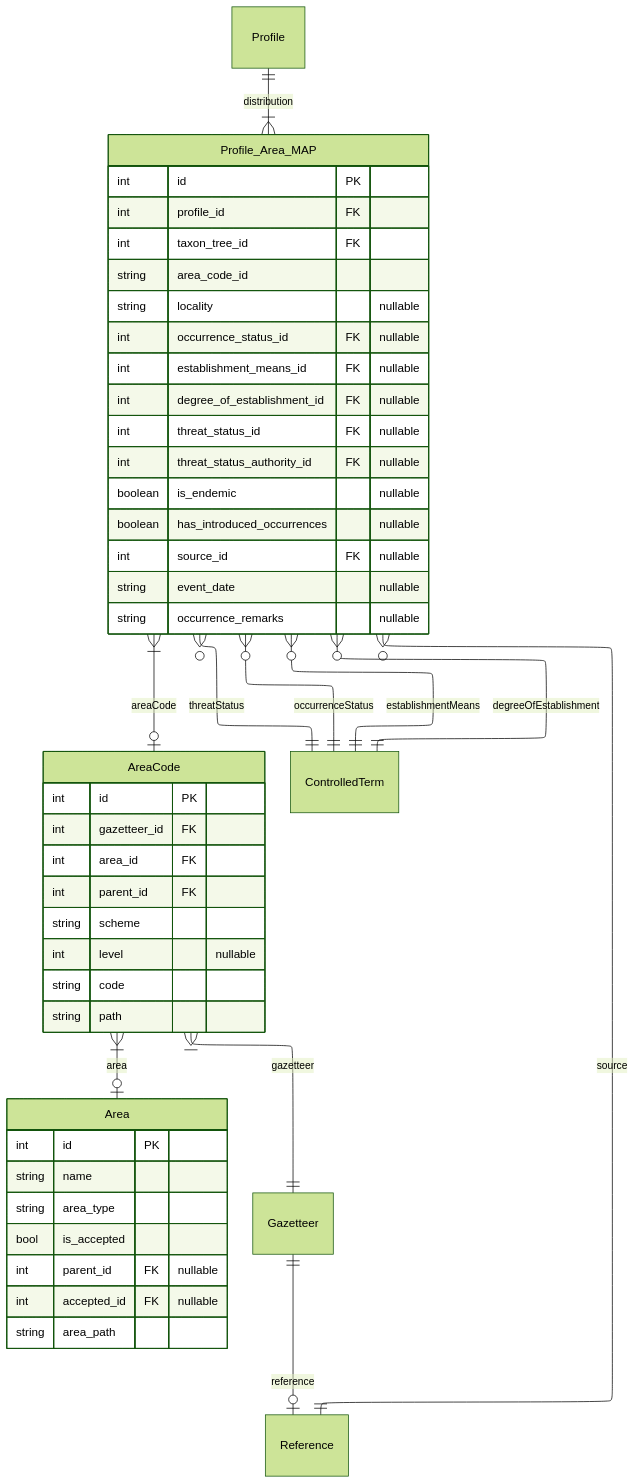
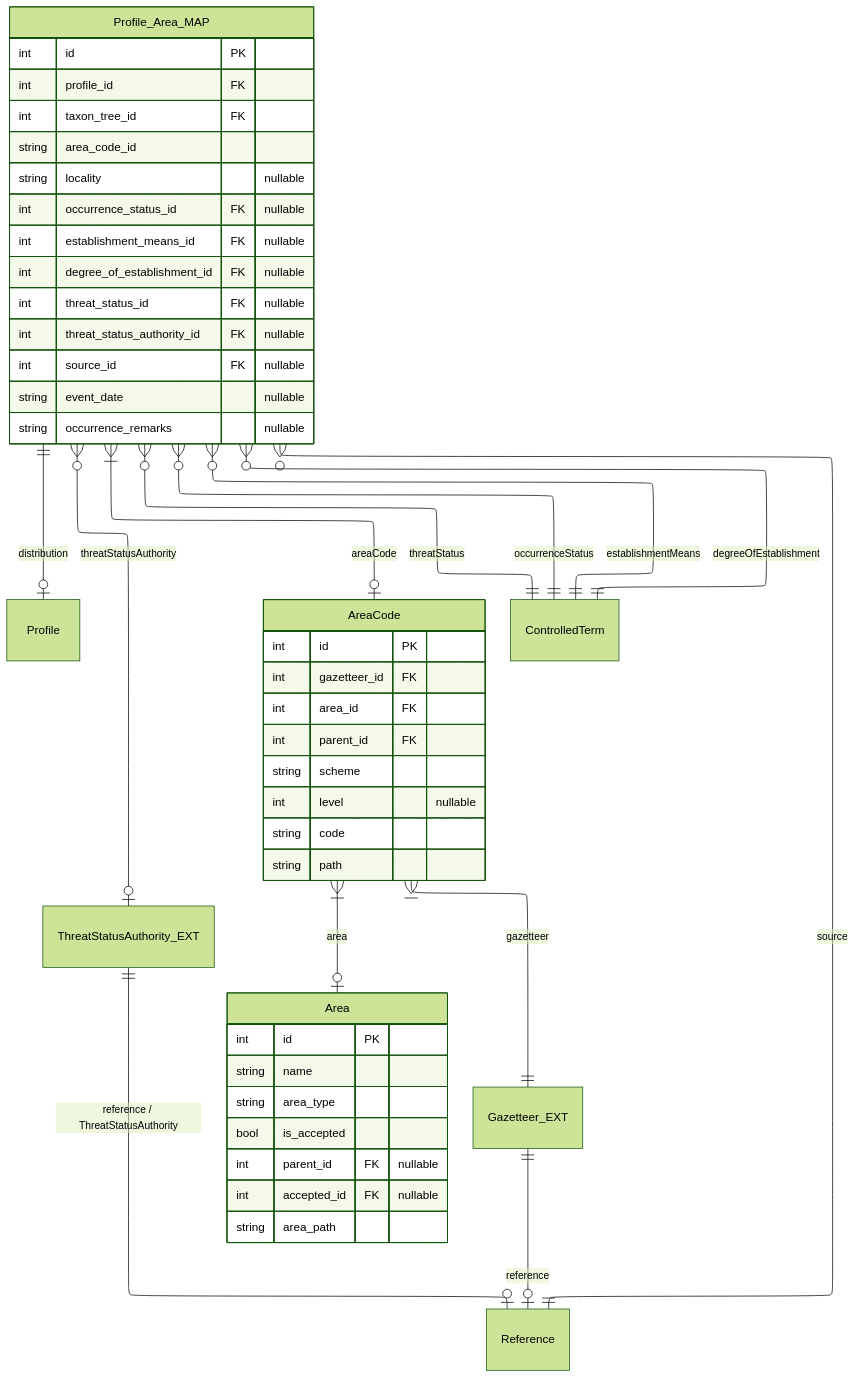
Diagram 12 of 18 in docs/layers.md (vicflora/vicflora-data-model-2026), drawn with Mermaid (forest theme) before and after one commit. The commit also changed other lines of this file and 2 other files, not shown here.

````diff
--- a/docs/layers.md
+++ b/docs/layers.md
@@ -639,57 +722,57 @@
 ```mermaid
 ---
 config:
   layout: elk
 ---
 erDiagram
-  Profile ||--|{ Profile_Area_MAP : "distribution"
+  Profile_Area_MAP ||--o| Profile : "distribution"
   Profile_Area_MAP }|--o| AreaCode : "areaCode"
   AreaCode }|--o| Area : area
-  AreaCode }|--|| Gazetteer : "gazetteer"
-  Gazetteer ||--o| Reference : reference
+  AreaCode }|--|| Gazetteer_EXT : "gazetteer"
+  Gazetteer_EXT ||--o| Reference : reference
+  Profile_Area_MAP }o--o| ThreatStatusAuthority_EXT : "threatStatusAuthority"
+  ThreatStatusAuthority_EXT ||--o| Reference : "reference / ThreatStatusAuthority"
   Profile_Area_MAP }o--|| Reference : "source"
   Profile_Area_MAP }o--|| ControlledTerm : "occurrenceStatus"
   Profile_Area_MAP }o--|| ControlledTerm : "establishmentMeans"
   Profile_Area_MAP }o--|| ControlledTerm : "degreeOfEstablishment"
   Profile_Area_MAP }o--|| ControlledTerm : "threatStatus"
 
   Profile_Area_MAP {
     int id PK
     int profile_id FK
     int taxon_tree_id FK
     string area_code_id 
     string locality "nullable"
     int occurrence_status_id FK "nullable"
     int establishment_means_id FK "nullable"
     int degree_of_establishment_id FK "nullable"
     int threat_status_id FK "nullable"
     int threat_status_authority_id FK "nullable"
-    boolean is_endemic "nullable"
-    boolean has_introduced_occurrences "nullable"
     int source_id FK "nullable"
     string event_date "nullable"
     string occurrence_remarks "nullable"
   }
 
   AreaCode {
     int id PK
     int gazetteer_id FK
     int area_id FK
     int parent_id FK
     string scheme
     int level "nullable"
     string code
     string path    
   }
 
   Area {
     int id PK
     string name
     string area_type
     bool is_accepted
     int parent_id FK "nullable"
     int accepted_id FK "nullable"
     string area_path
   }
 
 ```
````
